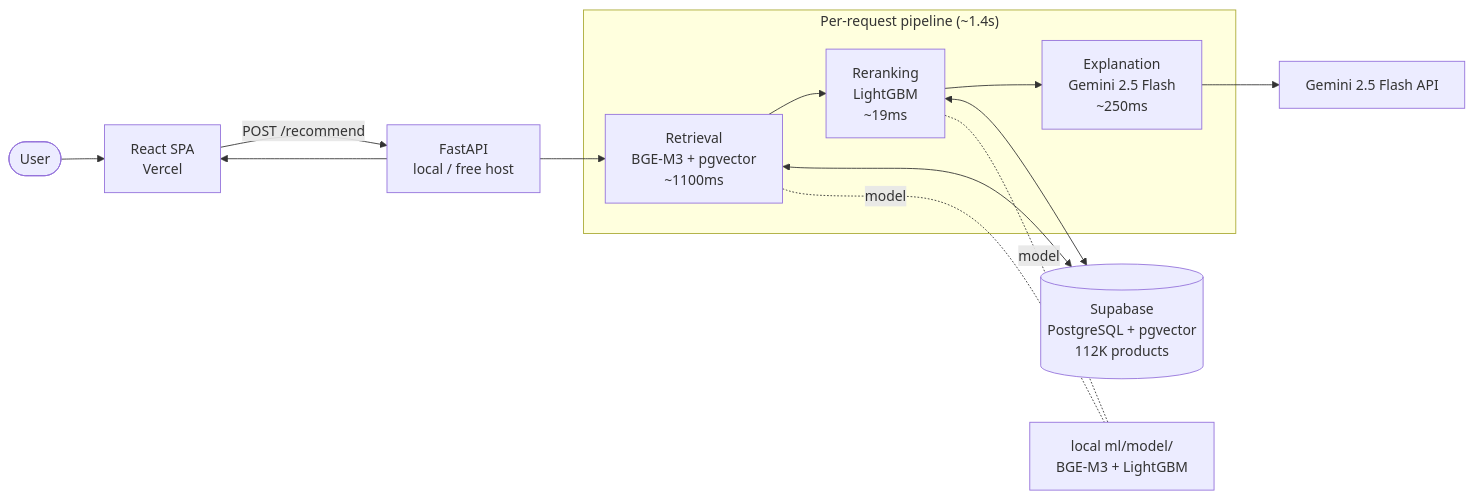
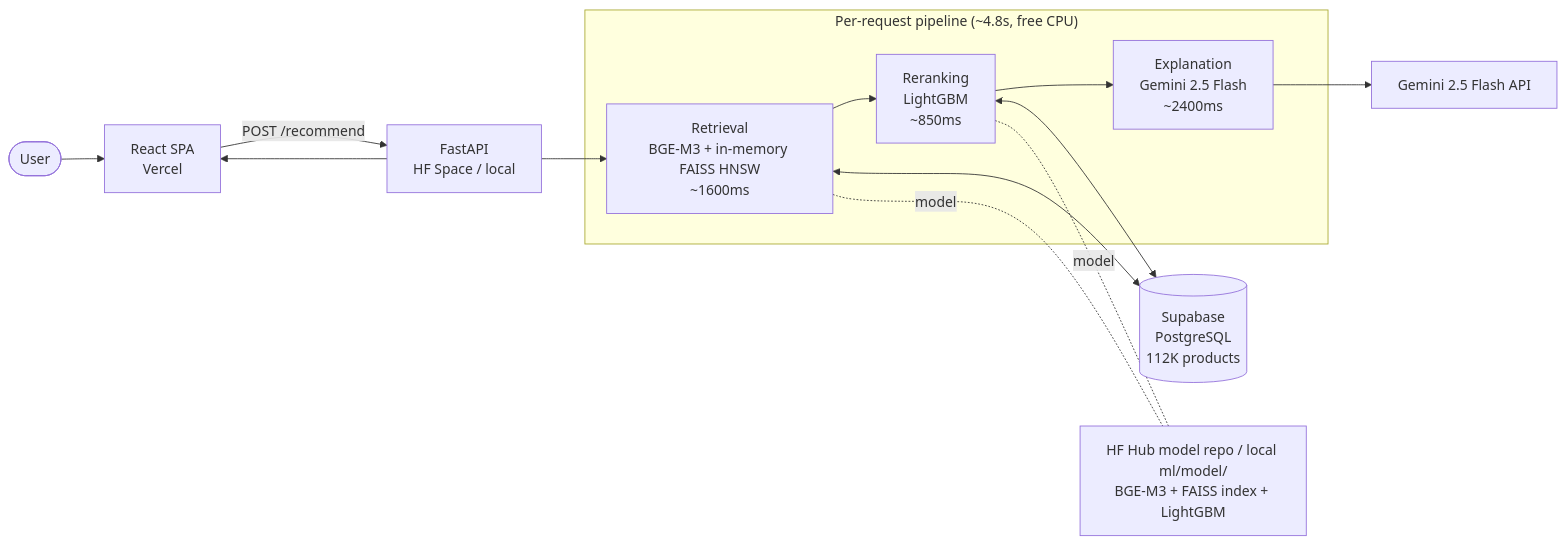
The first of 2 diagrams in docs/architecture.md (kevin7548/ChatBeauty), drawn with Mermaid before and after one commit. The commit also changed other lines of this file and 31 other files, not shown here.

First line of the commit message:
chore: remove GCP leftovers and fix local model paths (workstream 1)

````diff
--- a/docs/architecture.md
+++ b/docs/architecture.md
@@ -13,15 +13,15 @@
 ```mermaid
 flowchart LR
     User([User]) --> FE[React SPA<br/>Vercel]
-    FE -- "POST /recommend" --> API[FastAPI<br/>local / free host]
-    subgraph Pipeline["Per-request pipeline (~1.4s)"]
-        R[Retrieval<br/>BGE-M3 + pgvector<br/>~1100ms] --> RR[Reranking<br/>LightGBM<br/>~19ms] --> EX[Explanation<br/>Gemini 2.5 Flash<br/>~250ms]
+    FE -- "POST /recommend" --> API[FastAPI<br/>HF Space / local]
+    subgraph Pipeline["Per-request pipeline (~4.8s, free CPU)"]
+        R[Retrieval<br/>BGE-M3 + in-memory FAISS HNSW<br/>~1600ms] --> RR[Reranking<br/>LightGBM<br/>~850ms] --> EX[Explanation<br/>Gemini 2.5 Flash<br/>~2400ms]
     end
     API --> R
-    R <--> DB[(Supabase<br/>PostgreSQL + pgvector<br/>112K products)]
+    R <--> DB[(Supabase<br/>PostgreSQL<br/>112K products)]
     RR <--> DB
-    R -. model .- Models[local ml/model/<br/>BGE-M3 + LightGBM]
+    R -. model .- Models[HF Hub model repo / local ml/model/<br/>BGE-M3 + FAISS index + LightGBM]
     RR -. model .- Models
     EX --> Gemini[Gemini 2.5 Flash API]
     API --> FE
 ```
````
